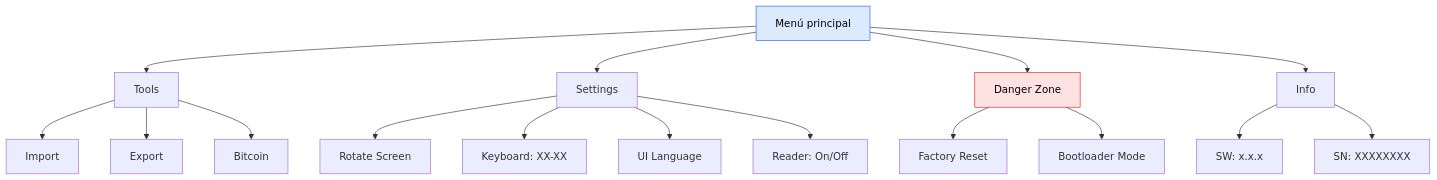
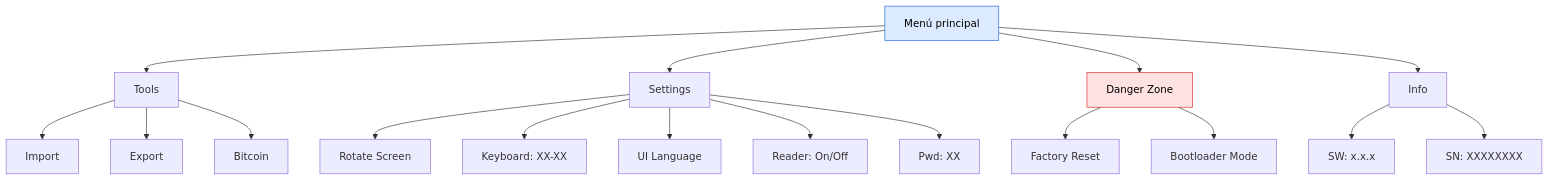
The first of 3 diagrams in es/firmware/menu.mdx (Depbit-lab/docsZerokeyUSB), drawn with Mermaid before and after one commit. The commit also changed other lines of this file and 5 other files, not shown here.

First line of the commit message:
docs: document the random-password format selector (Settings > Pwd)

````diff
--- a/es/firmware/menu.mdx
+++ b/es/firmware/menu.mdx
@@ -15,26 +15,27 @@
 ```mermaid
 graph TD
     ROOT["Menú principal"]
     ROOT --> TOOLS["Tools"]
     ROOT --> SETTINGS["Settings"]
     ROOT --> DANGER["Danger Zone"]
     ROOT --> INFO["Info"]
     
     TOOLS --> IMP["Import"]
     TOOLS --> EXP["Export"]
     TOOLS --> BTC["Bitcoin"]
     
     SETTINGS --> ROT["Rotate Screen"]
     SETTINGS --> KB["Keyboard: XX-XX"]
     SETTINGS --> UILANG["UI Language"]
     SETTINGS --> READER["Reader: On/Off"]
+    SETTINGS --> PWD["Pwd: XX"]
     
     DANGER --> FACTORY["Factory Reset"]
     DANGER --> BOOT["Bootloader Mode"]
     
     INFO --> SW["SW: x.x.x"]
     INFO --> SN["SN: XXXXXXXX"]
     
     style ROOT fill:#dbeafe,stroke:#2563eb,color:#000
     style DANGER fill:#fee2e2,stroke:#dc2626,color:#000
 ```
````
